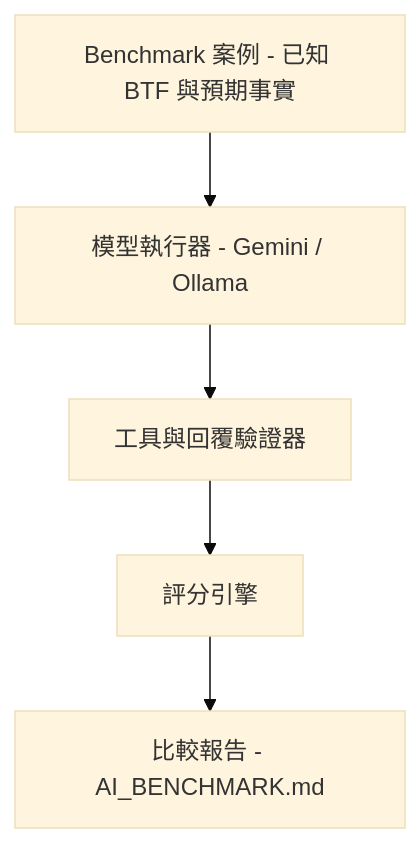
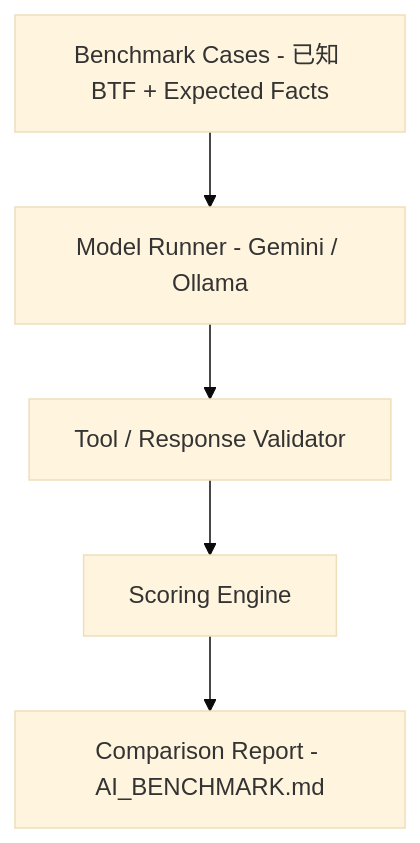
The seventh of 11 diagrams in BTFViewer/AI_zh-TW.md (kuopinghsu/FreeRTOS-BTF-Trace), drawn with Mermaid (base theme) before and after one commit. The commit also changed other lines of this file and 8 other files, not shown here.

````diff
--- a/BTFViewer/AI_zh-TW.md
+++ b/BTFViewer/AI_zh-TW.md
@@ -1070,7 +1163,8 @@
 ```mermaid
 flowchart TD
-  cases["Benchmark 案例 - 已知 BTF 與預期事實"] --> runner["模型執行器 - Gemini / Ollama"]
-  runner --> validator["工具與回覆驗證器"]
-  validator --> scoring["評分引擎"]
-  scoring --> report["比較報告 - AI_BENCHMARK.md"]
+  cases["Benchmark Cases - 已知 BTF + Expected Facts"]
+  cases --> runner["Model Runner - Gemini / Ollama"]
+  runner --> validator["Tool / Response Validator"]
+  validator --> scoring["Scoring Engine"]
+  scoring --> report["Comparison Report - AI_BENCHMARK.md"]
 ```
````
